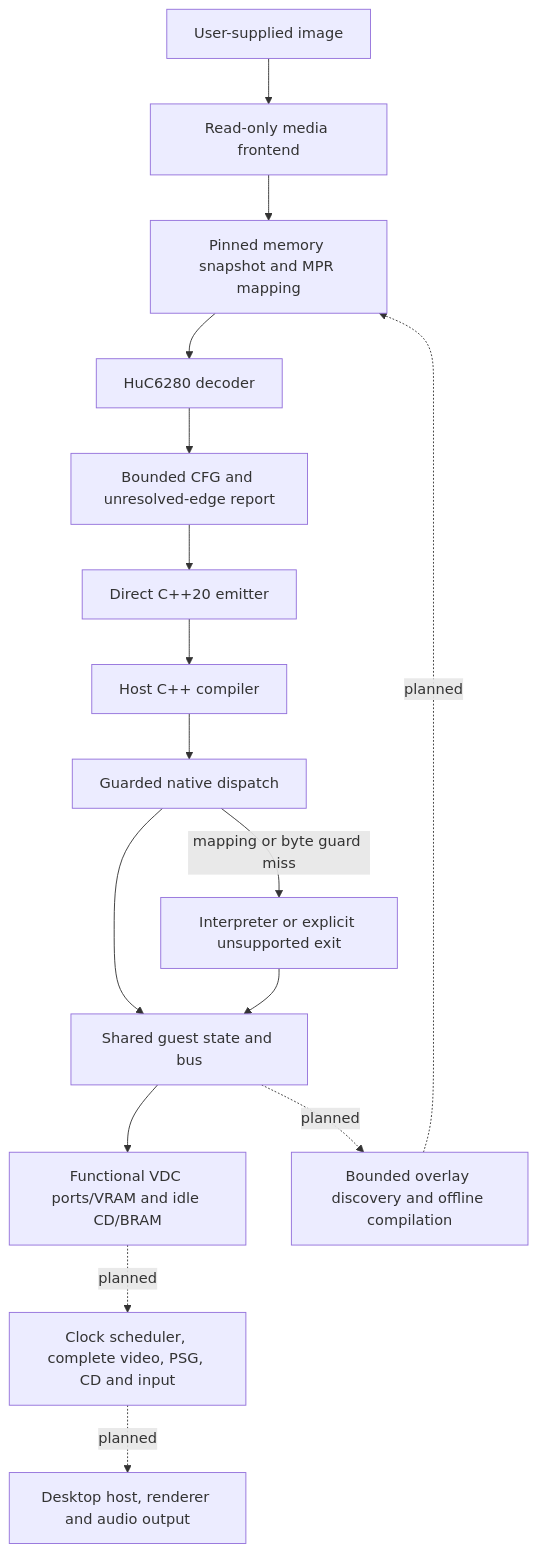
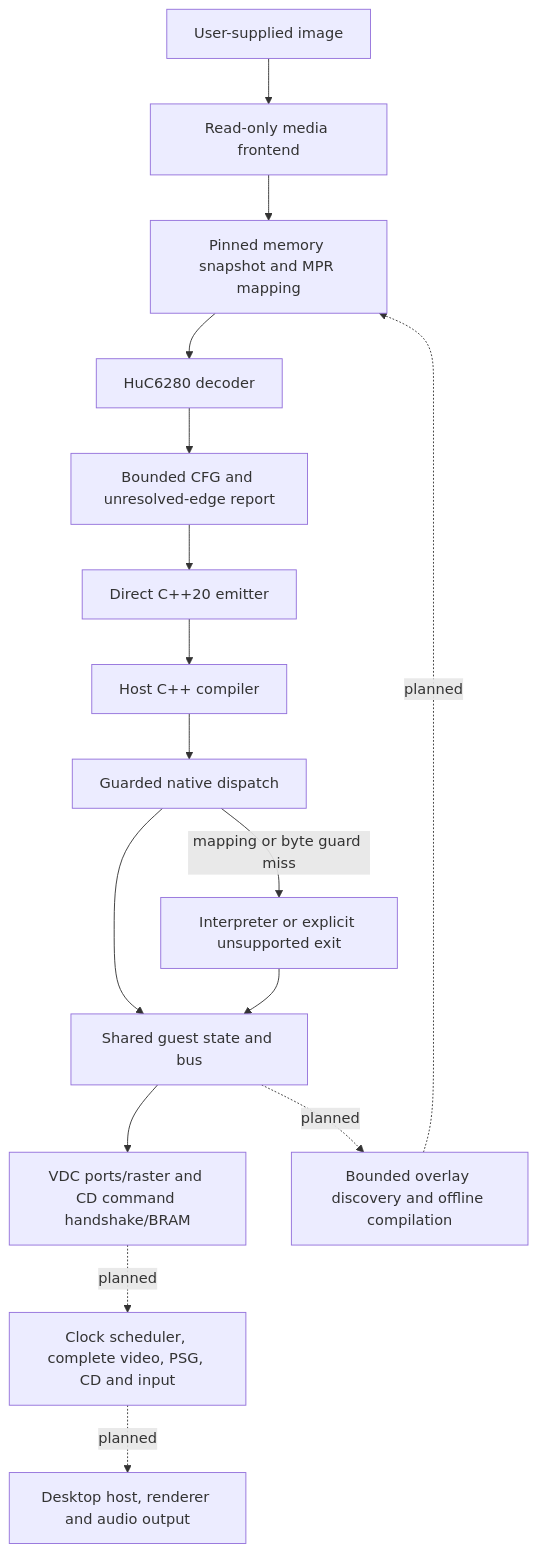
The diagram in docs/ARCHITECTURE.md (rages4calm/pcenginerecomp), drawn with Mermaid before and after one commit. The commit also changed other lines of this file and 23 other files, not shown here.

Commit message:
Implement clocked CD command and data handshake

````diff
--- a/docs/ARCHITECTURE.md
+++ b/docs/ARCHITECTURE.md
@@ -9,18 +9,18 @@
 ```mermaid
 flowchart TD
   Image[User-supplied image] --> Media[Read-only media frontend]
   Media --> Snapshot[Pinned memory snapshot and MPR mapping]
   Snapshot --> Decode[HuC6280 decoder]
   Decode --> CFG[Bounded CFG and unresolved-edge report]
   CFG --> Emit[Direct C++20 emitter]
   Emit --> Compiler[Host C++ compiler]
   Compiler --> Native[Guarded native dispatch]
   Native --> Bus[Shared guest state and bus]
   Native -->|mapping or byte guard miss| Fallback[Interpreter or explicit unsupported exit]
   Fallback --> Bus
-  Bus --> Profiles[Functional VDC ports/VRAM and idle CD/BRAM]
+  Bus --> Profiles[VDC ports/raster and CD command handshake/BRAM]
   Profiles -. planned .-> Devices[Clock scheduler, complete video, PSG, CD and input]
   Devices -. planned .-> Host[Desktop host, renderer and audio output]
   Bus -. planned .-> Capture[Bounded overlay discovery and offline compilation]
   Capture -. planned .-> Snapshot
 ```
````
